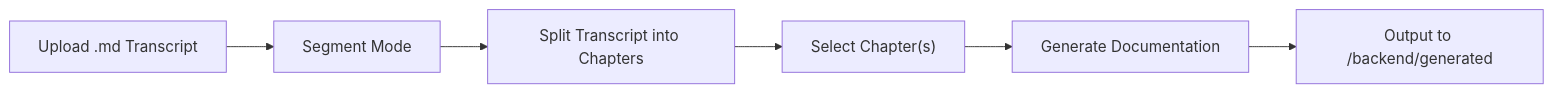
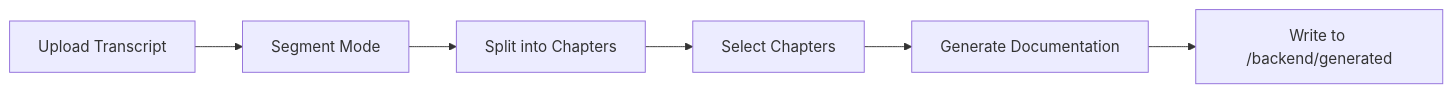
The third of 4 diagrams in README.md (CagriCatik/Docalypt), drawn with Mermaid before and after one commit. The commit also changed other lines of this file and 2 other files, not shown here.

````diff
--- a/README.md
+++ b/README.md
@@ -108,8 +167,8 @@
 ```mermaid
 flowchart LR
-    A[Upload .md Transcript] --> B[Segment Mode]
-    B --> C[Split Transcript into Chapters]
-    C --> D["Select Chapter(s)"]
+    A[Upload Transcript] --> B[Segment Mode]
+    B --> C[Split into Chapters]
+    C --> D[Select Chapters]
     D --> E[Generate Documentation]
-    E --> F[Output to /backend/generated]
+    E --> F[Write to /backend/generated]
 ```
````
